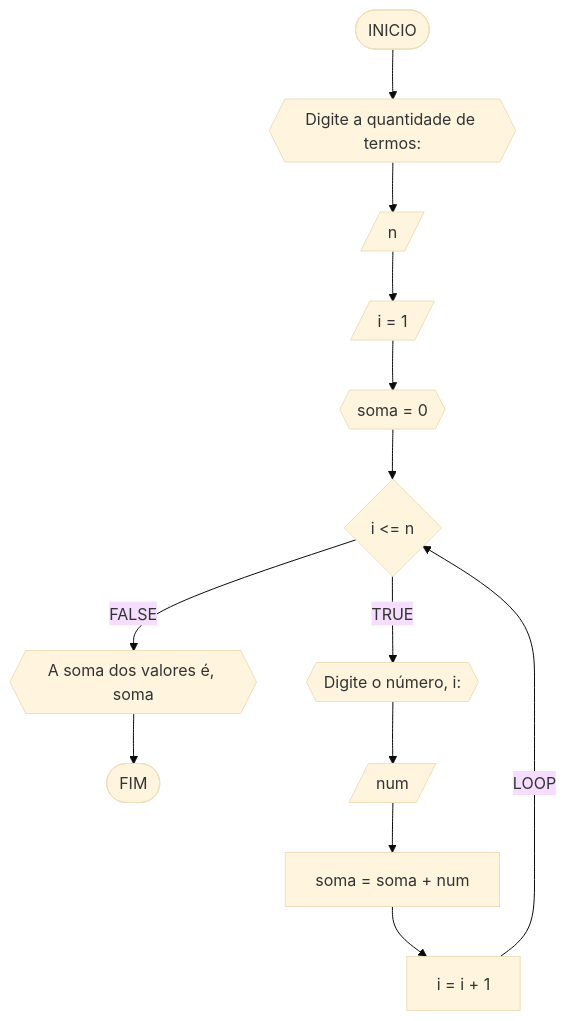
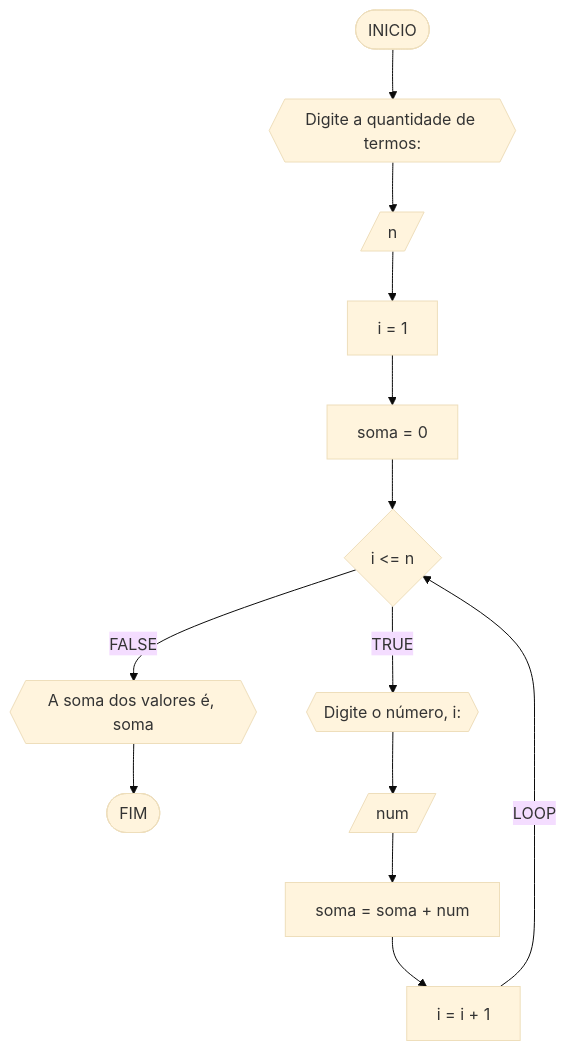
Before and after one commit to clara-paterno/unifor: the fifth of 6 diagrams in RLA/unidade1/lista3.md, drawn with Mermaid (base theme). The commit also changed other lines of this file, not shown here.

````diff
--- a/RLA/unidade1/lista3.md
+++ b/RLA/unidade1/lista3.md
@@ -198,15 +198,15 @@
 ```mermaid
 flowchart TB
 A([INICIO]) --> B{{Digite a quantidade de termos: }}
 B --> C[/n/]
-C --> D[/i = 1/]
-D --> E{{soma = 0}}
+C --> D[i = 1]
+D --> E[soma = 0]
 E --> F{i <= n}
 F --FALSE--> G{{A soma dos valores é, soma}}
 G --> L([FIM])
-F --TRUE--> H{{Digite o número, i:}}
+F --TRUE--> H{{Digite o número, i: }}
 H --> I[/num/]
 I --> J[soma = soma + num]
 J --> K[i = i + 1]
 K --LOOP--> F 
 ```
````
